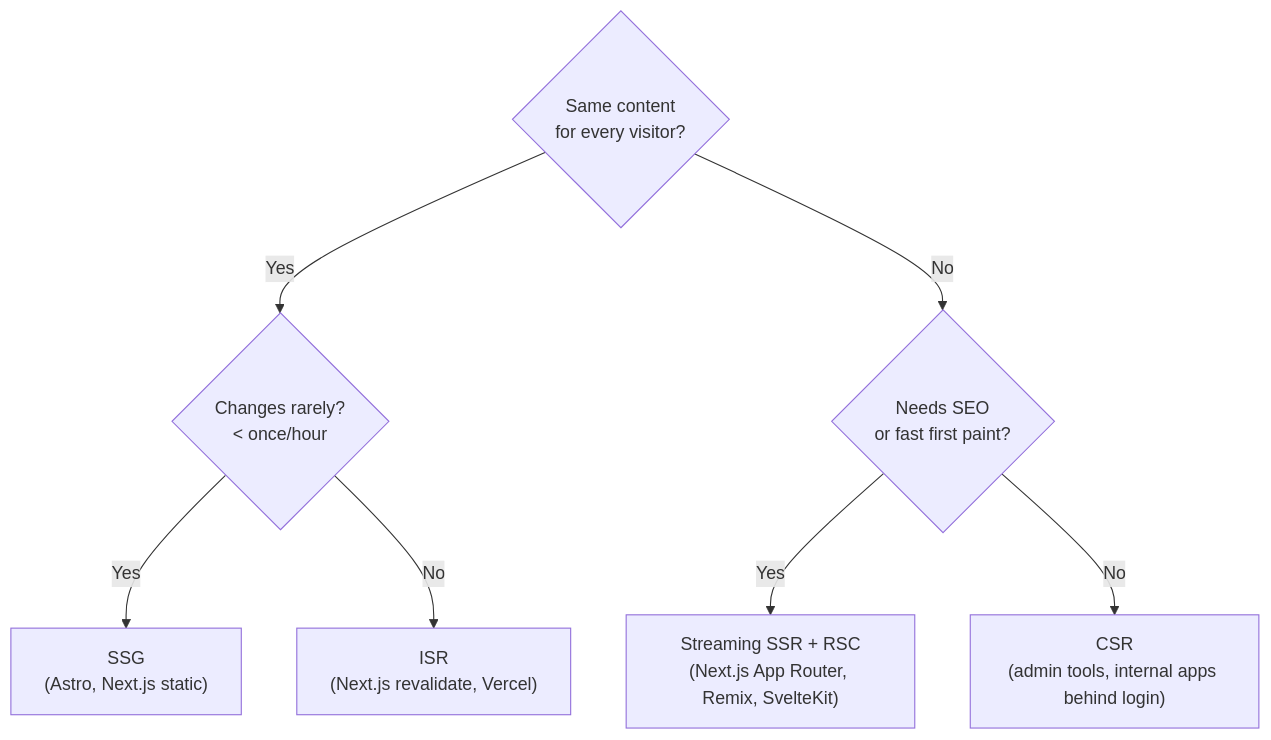
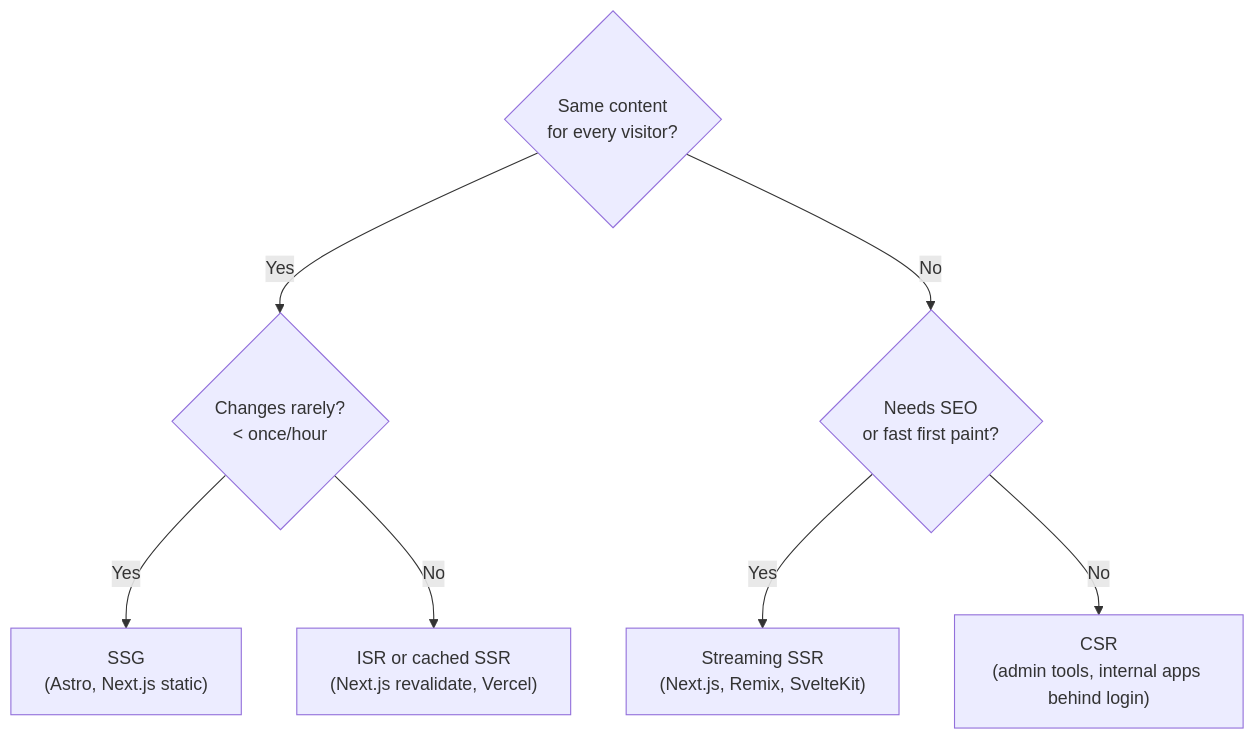
One commit to tonyx1998/modern-web-dev-guide changed the second of 2 diagrams in docs/01-foundations/09-rendering-strategies.md. Above: the diagram before and after it, drawn with Mermaid. The commit also changed other lines of this file and 1 other file, not shown here.

First line of the commit message:
Refine rendering-strategies precision: hybrids stack, RSC ≠ streaming, PPR is Next-specific

````diff
--- a/docs/01-foundations/09-rendering-strategies.md
+++ b/docs/01-foundations/09-rendering-strategies.md
@@ -69,9 +107,9 @@
 ```mermaid
 flowchart TD
     A{Same content<br/>for every visitor?} -->|Yes| B{Changes rarely?<br/>&lt; once/hour}
     A -->|No| C{Needs SEO<br/>or fast first paint?}
     B -->|Yes| SSG["SSG<br/>(Astro, Next.js static)"]
-    B -->|No| ISR["ISR<br/>(Next.js revalidate, Vercel)"]
-    C -->|Yes| Stream["Streaming SSR + RSC<br/>(Next.js App Router, Remix, SvelteKit)"]
+    B -->|No| ISR["ISR or cached SSR<br/>(Next.js revalidate, Vercel)"]
+    C -->|Yes| Stream["Streaming SSR<br/>(Next.js, Remix, SvelteKit)"]
     C -->|No| CSR["CSR<br/>(admin tools, internal apps behind login)"]
 ```
````
